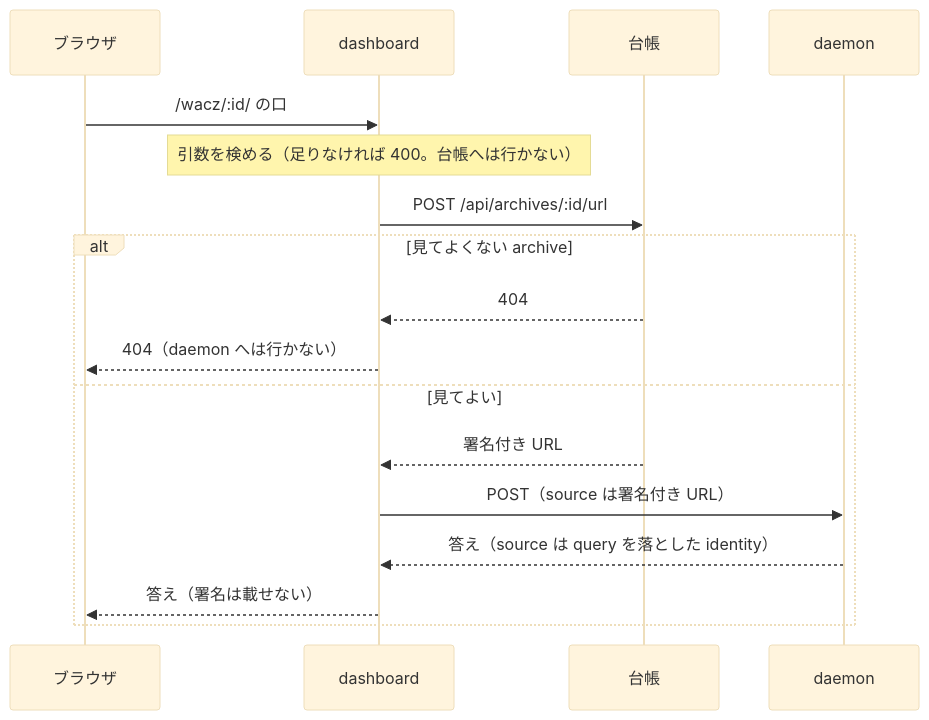
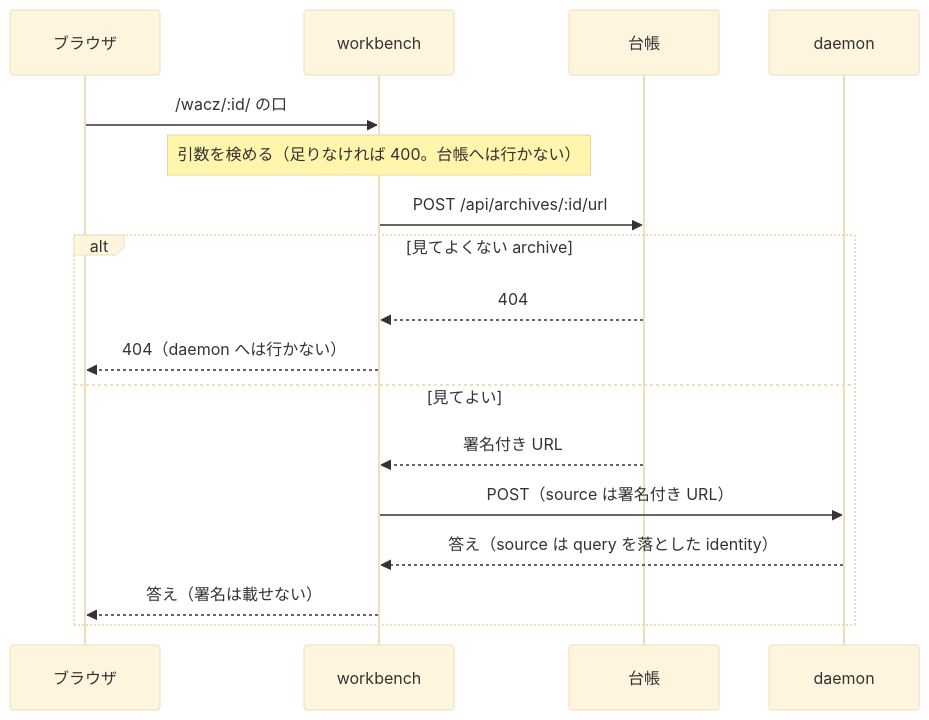
One commit to uraitakahito/capture-workbench changed the diagram in docs-site/src/content/docs/ja/wacz.md. Above: the diagram before and after it, drawn with Mermaid (base theme). The commit also changed other lines of this file and 59 other files, not shown here.

````diff
--- a/docs-site/src/content/docs/ja/wacz.md
+++ b/docs-site/src/content/docs/ja/wacz.md
@@ -13,19 +13,19 @@
 ```mermaid
 sequenceDiagram
   participant B as ブラウザ
-  participant D as dashboard
+  participant D as workbench
   participant L as 台帳
   participant V as daemon
   B->>D: /wacz/:id/ の口
   Note over D: 引数を検める（足りなければ 400。台帳へは行かない）
   D->>L: POST /api/archives/:id/url
   alt 見てよくない archive
     L-->>D: 404
     D-->>B: 404（daemon へは行かない）
   else 見てよい
     L-->>D: 署名付き URL
     D->>V: POST（source は署名付き URL）
     V-->>D: 答え（source は query を落とした identity）
     D-->>B: 答え（署名は載せない）
   end
 ```
````
